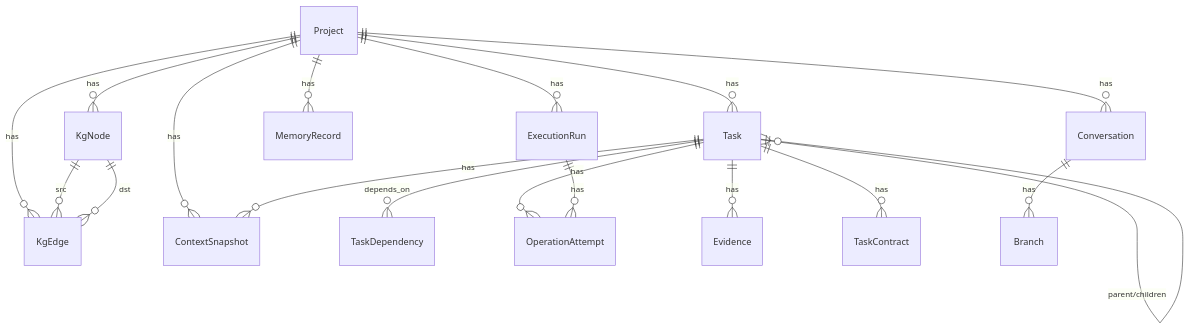
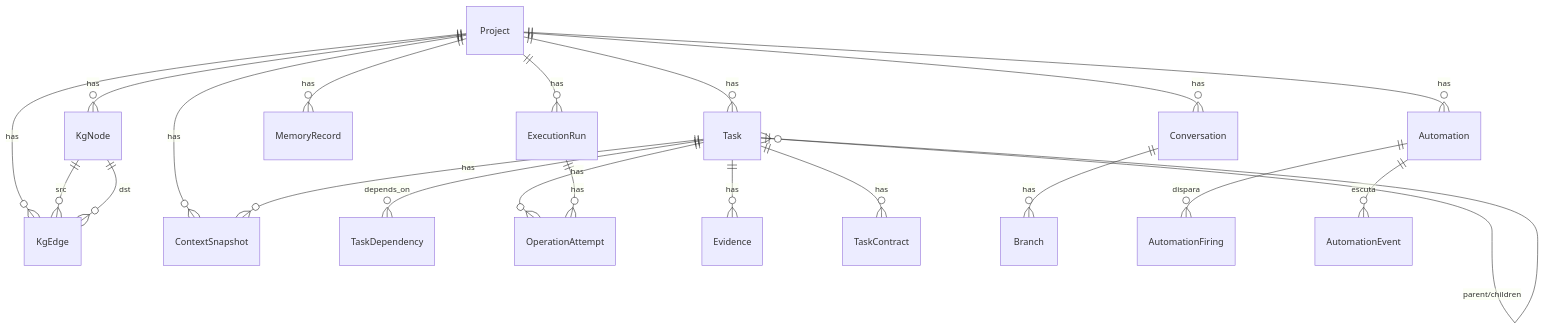
The diagram in src/agent/persistence/README.md (HidekiNishida/Callidus), drawn with Mermaid before and after one commit. The commit also changed other lines of this file and 48 other files, not shown here.

````diff
--- a/src/agent/persistence/README.md
+++ b/src/agent/persistence/README.md
@@ -62,20 +65,23 @@
 ```mermaid
 erDiagram
   Project ||--o{ Task : "has"
   Project ||--o{ Conversation : "has"
   Project ||--o{ ExecutionRun : "has"
   Project ||--o{ MemoryRecord : "has"
   Project ||--o{ KgNode : "has"
   Project ||--o{ KgEdge : "has"
   Project ||--o{ ContextSnapshot : "has"
   Task ||--o{ Task : "parent/children"
   Task ||--o{ TaskDependency : "depends_on"
   Task ||--o{ OperationAttempt : "has"
   Task ||--o{ Evidence : "has"
   Task ||--o{ TaskContract : "has"
   Task ||--o{ ContextSnapshot : "has"
   Conversation ||--o{ Branch : "has"
   ExecutionRun ||--o{ OperationAttempt : "has"
   KgNode ||--o{ KgEdge : "src"
   KgNode ||--o{ KgEdge : "dst"
+  Project ||--o{ Automation : "has"
+  Automation ||--o{ AutomationFiring : "dispara"
+  Automation ||--o{ AutomationEvent : "escuta"
 ```
````
